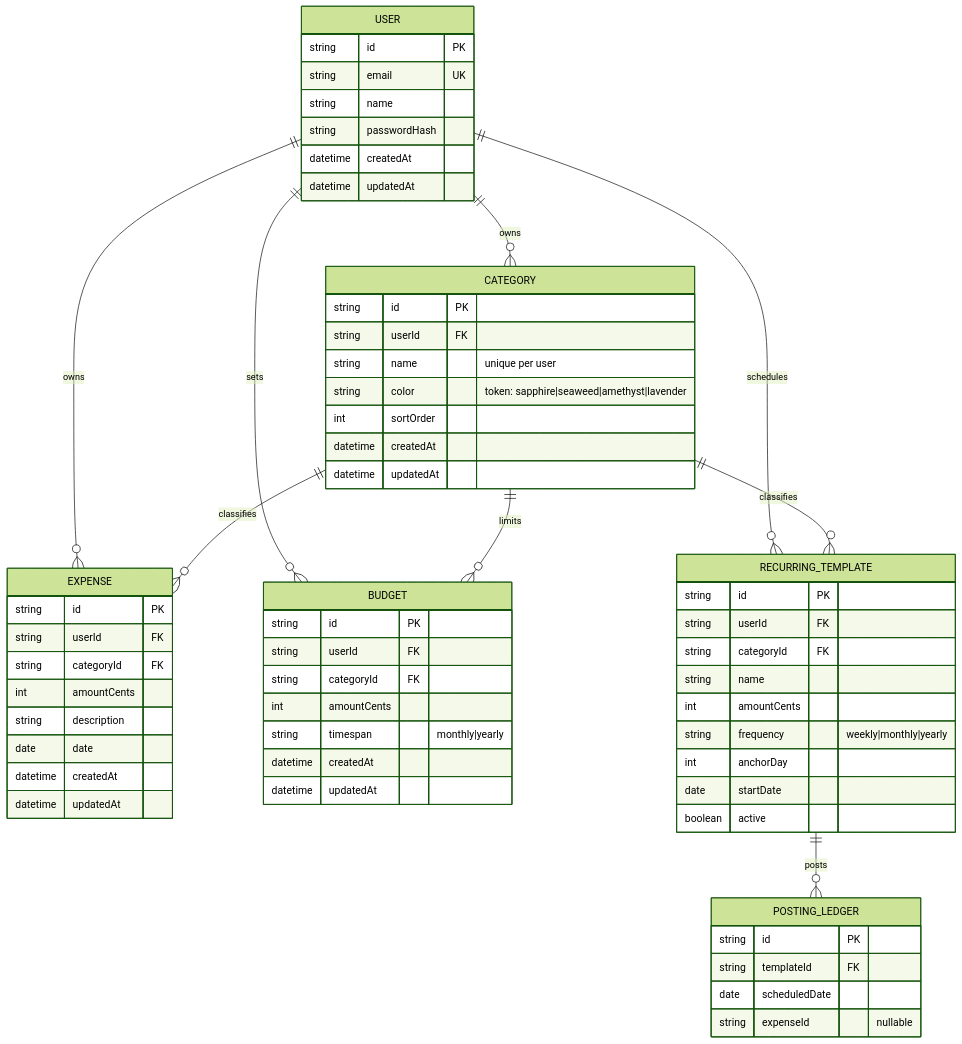
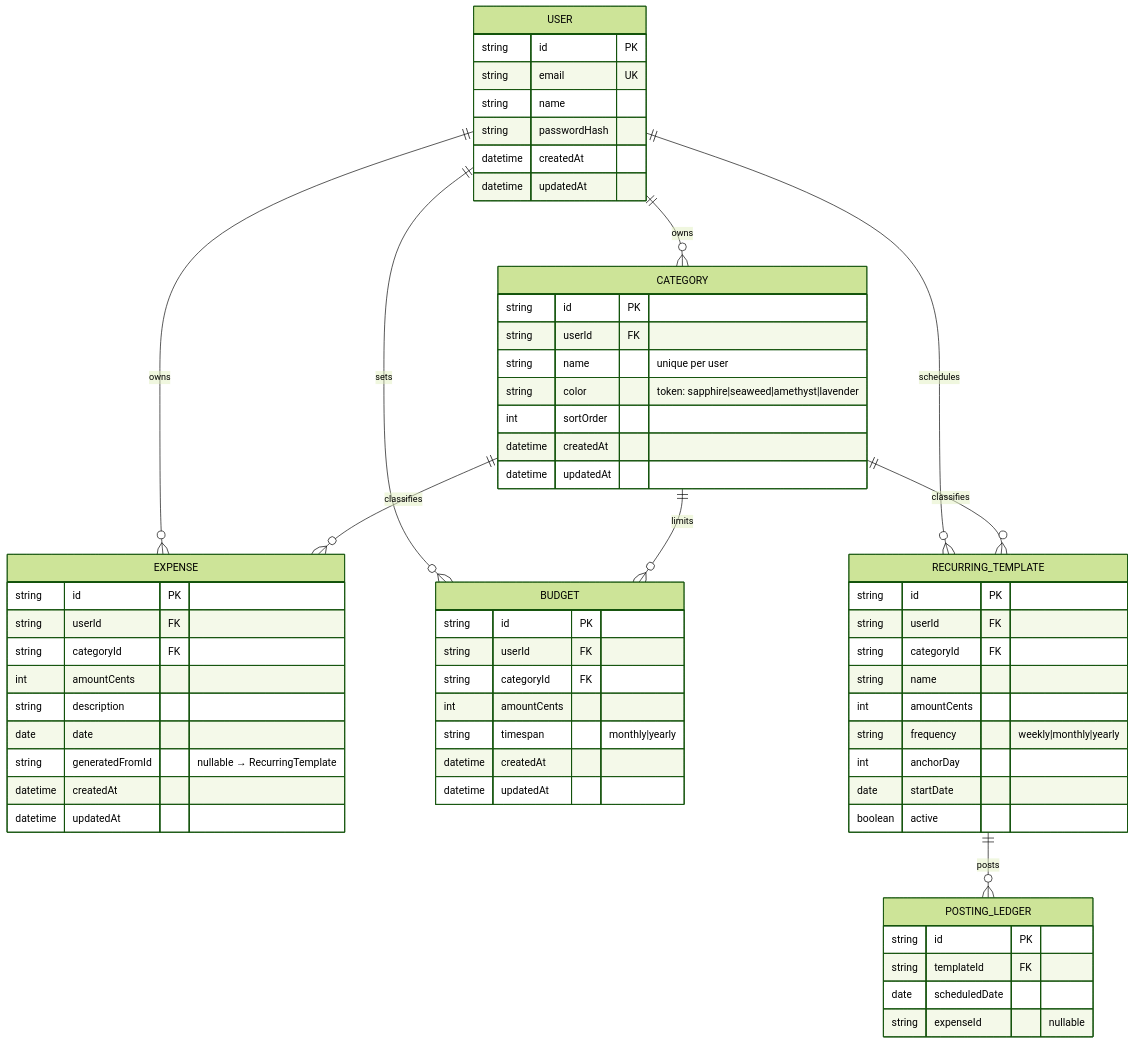
The diagram in docs/architecture/erd.md (ayfor/billd), drawn with Mermaid (forest theme) before and after one commit. The commit also changed 9 other files, not shown here.

````diff
--- a/docs/architecture/erd.md
+++ b/docs/architecture/erd.md
@@ -5,66 +5,67 @@
 ```mermaid
 erDiagram
     USER ||--o{ CATEGORY : owns
     USER ||--o{ EXPENSE : owns
     USER ||--o{ BUDGET : sets
     CATEGORY ||--o{ EXPENSE : classifies
     CATEGORY ||--o{ BUDGET : limits
     USER {
         string id PK
         string email UK
         string name
         string passwordHash
         datetime createdAt
         datetime updatedAt
     }
     CATEGORY {
         string id PK
         string userId FK
         string name "unique per user"
         string color "token: sapphire|seaweed|amethyst|lavender"
         int sortOrder
         datetime createdAt
         datetime updatedAt
     }
     EXPENSE {
         string id PK
         string userId FK
         string categoryId FK
         int amountCents
         string description
         date date
+        string generatedFromId "nullable → RecurringTemplate"
         datetime createdAt
         datetime updatedAt
     }
     BUDGET {
         string id PK
         string userId FK
         string categoryId FK
         int amountCents
         string timespan "monthly|yearly"
         datetime createdAt
         datetime updatedAt
     }
     %% unique: BUDGET(userId, categoryId, timespan)
     USER ||--o{ RECURRING_TEMPLATE : schedules
     CATEGORY ||--o{ RECURRING_TEMPLATE : classifies
     RECURRING_TEMPLATE ||--o{ POSTING_LEDGER : posts
     RECURRING_TEMPLATE {
         string id PK
         string userId FK
         string categoryId FK
         string name
         int amountCents
         string frequency "weekly|monthly|yearly"
         int anchorDay
         date startDate
         boolean active
     }
     POSTING_LEDGER {
         string id PK
         string templateId FK
         date scheduledDate
         string expenseId "nullable"
     }
     %% unique: POSTING_LEDGER(templateId, scheduledDate) — idempotency for S6.2
 ```
````
